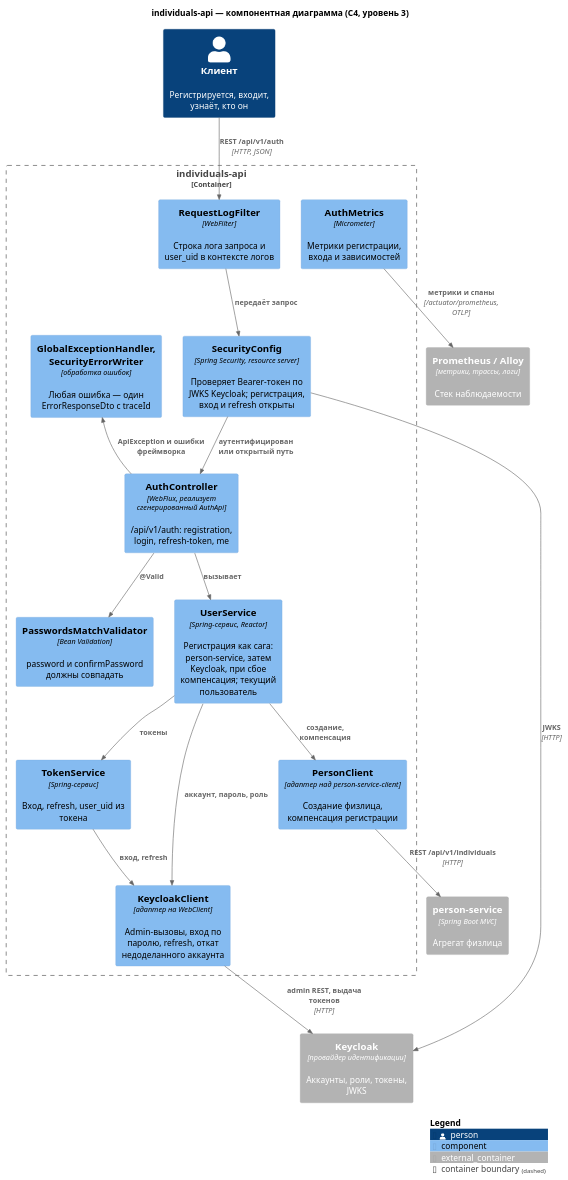
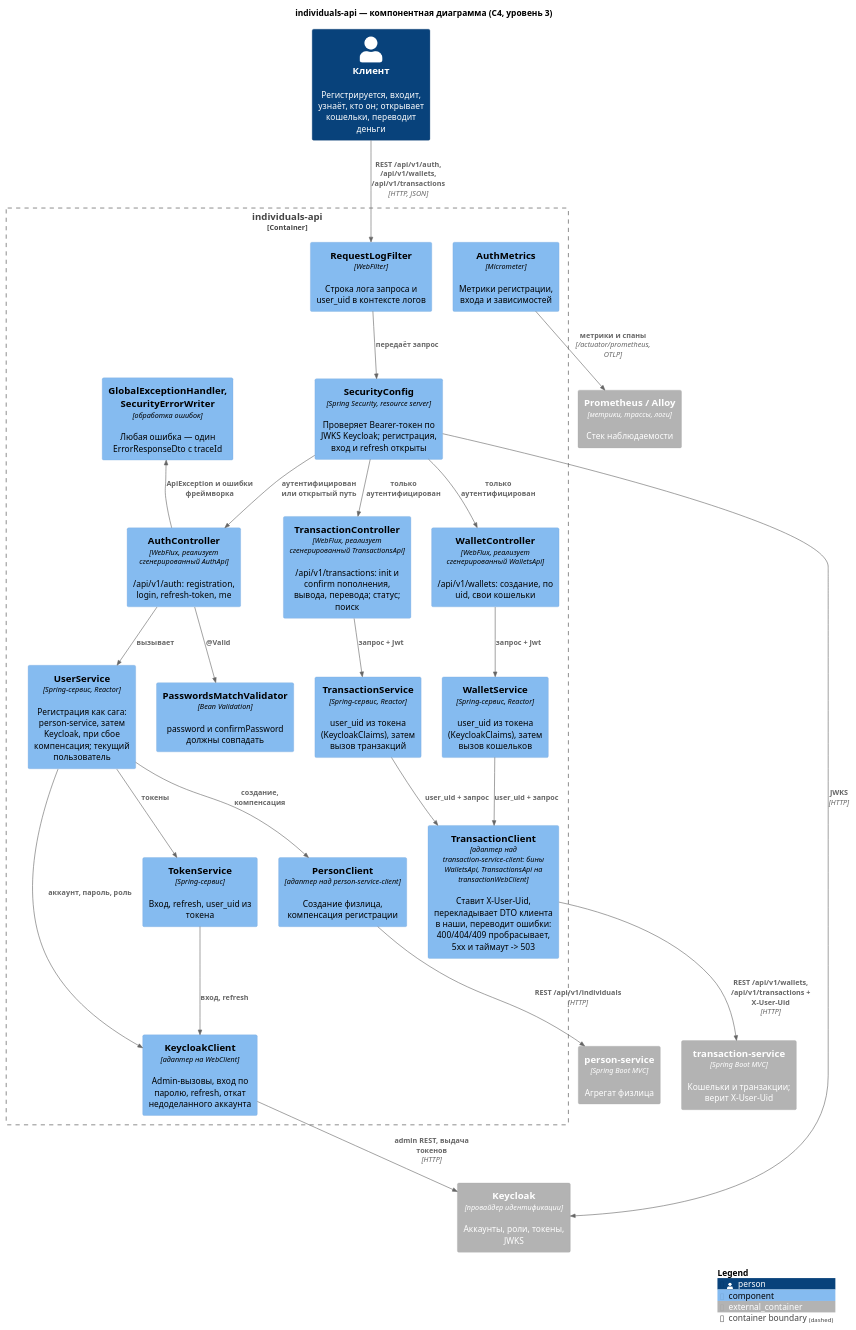
The diagram in individuals-api/diagrams-c4/uml/ru/component.puml (dezxxx/payment-platform), drawn with PlantUML before and after one commit. The commit also changed 20 other files, not shown here.

Commit message:
feat: connect individuals-api to transaction-service and draw its diagrams

```diff
--- a/individuals-api/diagrams-c4/uml/ru/component.puml
+++ b/individuals-api/diagrams-c4/uml/ru/component.puml
@@ -1,40 +1,53 @@
 @startuml component
 !include <C4/C4_Component>
 
 title individuals-api — компонентная диаграмма (C4, уровень 3)
 
-Person(client, "Клиент", "Регистрируется, входит, узнаёт, кто он")
+Person(client, "Клиент", "Регистрируется, входит, узнаёт, кто он; открывает кошельки, переводит деньги")
 Container_Ext(keycloak, "Keycloak", "провайдер идентификации", "Аккаунты, роли, токены, JWKS")
 Container_Ext(personService, "person-service", "Spring Boot MVC", "Агрегат физлица")
+Container_Ext(transactionService, "transaction-service", "Spring Boot MVC", "Кошельки и транзакции; верит X-User-Uid")
 Container_Ext(observability, "Prometheus / Alloy", "метрики, трассы, логи", "Стек наблюдаемости")
 
 Container_Boundary(app, "individuals-api") {
     Component(filter, "RequestLogFilter", "WebFilter", "Строка лога запроса и user_uid в контексте логов")
     Component(security, "SecurityConfig", "Spring Security, resource server", "Проверяет Bearer-токен по JWKS Keycloak; регистрация, вход и refresh открыты")
     Component(controller, "AuthController", "WebFlux, реализует сгенерированный AuthApi", "/api/v1/auth: registration, login, refresh-token, me")
+    Component(walletController, "WalletController", "WebFlux, реализует сгенерированный WalletsApi", "/api/v1/wallets: создание, по uid, свои кошельки")
+    Component(transactionController, "TransactionController", "WebFlux, реализует сгенерированный TransactionsApi", "/api/v1/transactions: init и confirm пополнения, вывода, перевода; статус; поиск")
     Component(validation, "PasswordsMatchValidator", "Bean Validation", "password и confirmPassword должны совпадать")
     Component(userService, "UserService", "Spring-сервис, Reactor", "Регистрация как сага: person-service, затем Keycloak, при сбое компенсация; текущий пользователь")
     Component(tokenService, "TokenService", "Spring-сервис", "Вход, refresh, user_uid из токена")
+    Component(walletService, "WalletService", "Spring-сервис, Reactor", "user_uid из токена (KeycloakClaims), затем вызов кошельков")
+    Component(transactionService2, "TransactionService", "Spring-сервис, Reactor", "user_uid из токена (KeycloakClaims), затем вызов транзакций")
     Component(personClient, "PersonClient", "адаптер над person-service-client", "Создание физлица, компенсация регистрации")
+    Component(transactionClient, "TransactionClient", "адаптер над transaction-service-client: бины WalletsApi, TransactionsApi на transactionWebClient", "Ставит X-User-Uid, перекладывает DTO клиента в наши, переводит ошибки: 400/404/409 пробрасывает, 5xx и таймаут -> 503")
     Component(keycloakClient, "KeycloakClient", "адаптер на WebClient", "Admin-вызовы, вход по паролю, refresh, откат недоделанного аккаунта")
     Component(errors, "GlobalExceptionHandler, SecurityErrorWriter", "обработка ошибок", "Любая ошибка — один ErrorResponseDto с traceId")
     Component(metrics, "AuthMetrics", "Micrometer", "Метрики регистрации, входа и зависимостей")
 }
 
-Rel(client, filter, "REST /api/v1/auth", "HTTP, JSON")
+Rel(client, filter, "REST /api/v1/auth, /api/v1/wallets, /api/v1/transactions", "HTTP, JSON")
 Rel(filter, security, "передаёт запрос")
 Rel(security, controller, "аутентифицирован или открытый путь")
+Rel(security, walletController, "только аутентифицирован")
+Rel(security, transactionController, "только аутентифицирован")
 Rel(controller, validation, "@Valid")
 Rel(controller, userService, "вызывает")
+Rel(walletController, walletService, "запрос + Jwt")
+Rel(transactionController, transactionService2, "запрос + Jwt")
 Rel(userService, personClient, "создание, компенсация")
 Rel(userService, keycloakClient, "аккаунт, пароль, роль")
 Rel(userService, tokenService, "токены")
 Rel(tokenService, keycloakClient, "вход, refresh")
+Rel(walletService, transactionClient, "user_uid + запрос")
+Rel(transactionService2, transactionClient, "user_uid + запрос")
 Rel(personClient, personService, "REST /api/v1/individuals", "HTTP")
+Rel(transactionClient, transactionService, "REST /api/v1/wallets, /api/v1/transactions + X-User-Uid", "HTTP")
 Rel(keycloakClient, keycloak, "admin REST, выдача токенов", "HTTP")
 Rel(security, keycloak, "JWKS", "HTTP")
 Rel_Back(errors, controller, "ApiException и ошибки фреймворка")
 Rel(metrics, observability, "метрики и спаны", "/actuator/prometheus, OTLP")
 
 SHOW_LEGEND()
 @enduml
```
